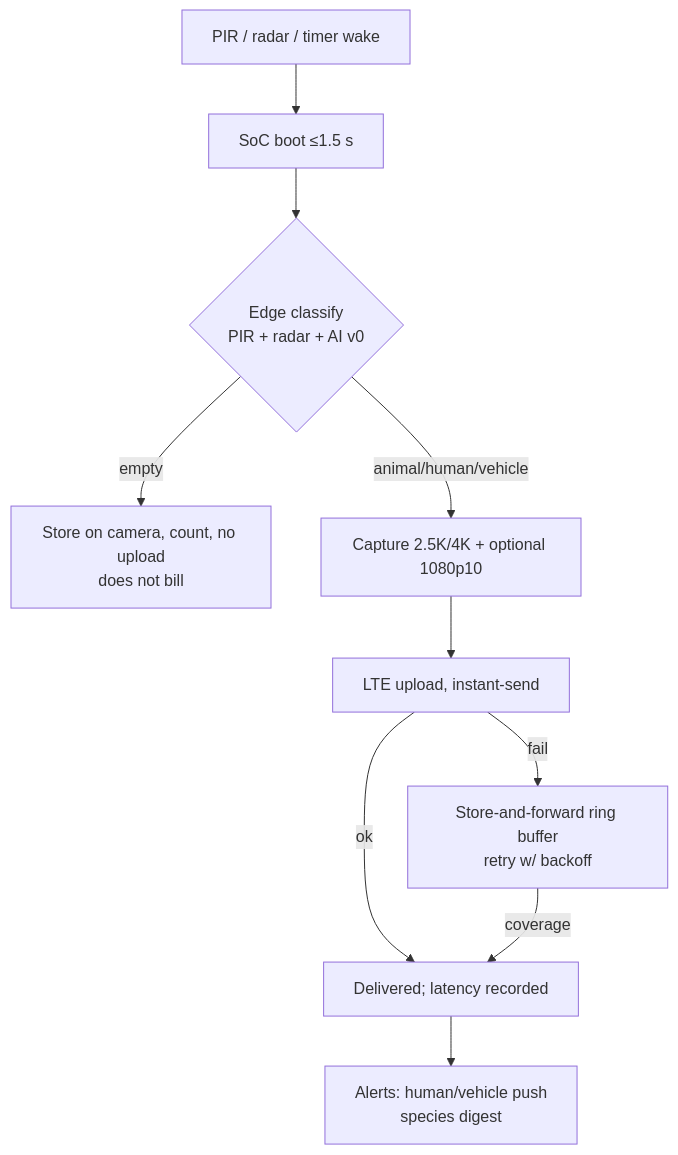
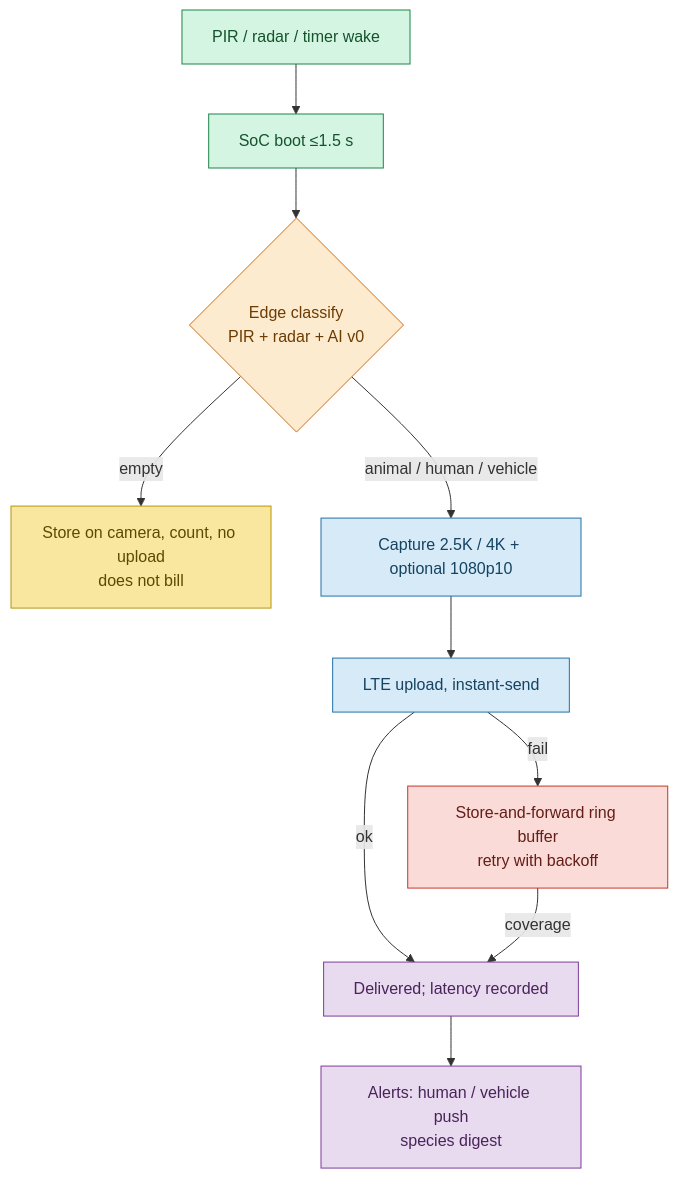
One commit to jambamamba/trailcam changed the second of 3 diagrams in docs/project-plan.md. Above: the diagram before and after it, drawn with Mermaid. The commit also changed other lines of this file, not shown here.

First line of the commit message:
Fix GitHub rendering: ASCII diagrams for sections 3 and 8.1

````diff
--- a/docs/project-plan.md
+++ b/docs/project-plan.md
@@ -412,12 +405,26 @@
 ```mermaid
 flowchart TD
-    W[PIR / radar / timer wake] --> B[SoC boot ≤1.5 s]
-    B --> P{Edge classify<br/>PIR + radar + AI v0}
-    P -- empty --> S[Store on camera, count, no upload<br/>does not bill]
-    P -- animal/human/vehicle --> C[Capture 2.5K/4K + optional 1080p10]
-    C --> U[LTE upload, instant-send]
-    U -- ok --> D[Delivered; latency recorded]
-    U -- fail --> Q[Store-and-forward ring buffer<br/>retry w/ backoff]
-    Q -->|coverage| D
-    D --> A[Alerts: human/vehicle push<br/>species digest]
+    W["PIR / radar / timer wake"] --> B["SoC boot ≤1.5 s"]
+    B --> P{"Edge classify<br/>PIR + radar + AI v0"}
+    P -->|"empty"| S["Store on camera, count, no upload<br/>does not bill"]
+    P -->|"animal / human / vehicle"| C["Capture 2.5K / 4K + optional 1080p10"]
+    C --> U["LTE upload, instant-send"]
+    U -->|"ok"| D["Delivered; latency recorded"]
+    U -->|"fail"| Q["Store-and-forward ring buffer<br/>retry with backoff"]
+    Q -->|"coverage"| D
+    D --> A["Alerts: human / vehicle push<br/>species digest"]
+
+    classDef wake fill:#d5f5e3,stroke:#1e8449,color:#14532d
+    classDef decide fill:#fdebd0,stroke:#ca6f1e,color:#6e3b00
+    classDef local fill:#f9e79f,stroke:#b7950b,color:#5b4a00
+    classDef net fill:#d6eaf8,stroke:#2471a3,color:#154360
+    classDef retry fill:#fadbd8,stroke:#c0392b,color:#641e16
+    classDef alert fill:#e8daef,stroke:#7d3c98,color:#4a235a
+
+    class W,B wake
+    class P decide
+    class S local
+    class C,U net
+    class Q retry
+    class D,A alert
 ```
````
